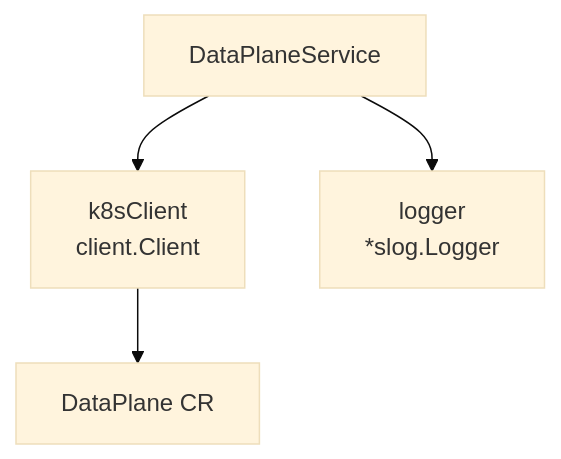
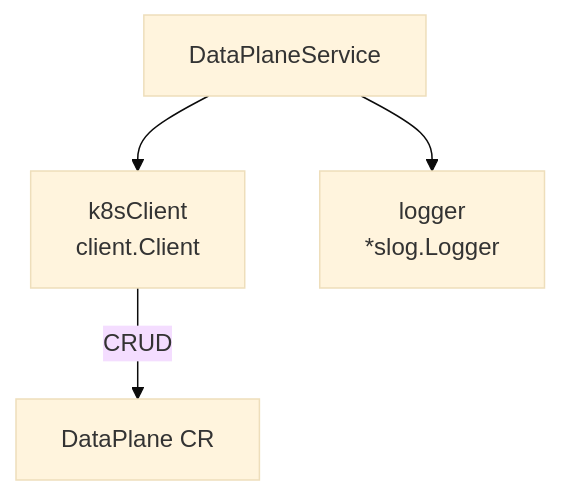
Before and after one commit to openchoreo/openchoreo: the seventh of 11 diagrams in docs/deepwiki/Build-and-Infrastructure-Services.md, drawn with Mermaid (base theme). The commit also changed other lines of this file and 85 other files, not shown here.

Commit message:
feat: Add new workflow and specification templates, update Helm chart dependencies, and clarify documentation diagrams.

````diff
--- a/docs/deepwiki/Build-and-Infrastructure-Services.md
+++ b/docs/deepwiki/Build-and-Infrastructure-Services.md
@@ -360,12 +360,12 @@
 ```mermaid
 flowchart TD
 
 DataPlaneService["DataPlaneService"]
 k8sClient["k8sClient<br>client.Client"]
 logger["logger<br>*slog.Logger"]
 DataPlaneCR["DataPlane CR"]
 
 DataPlaneService --> k8sClient
 DataPlaneService --> logger
-k8sClient --> DataPlaneCR
+k8sClient -->|"CRUD"| DataPlaneCR
 ```
````
